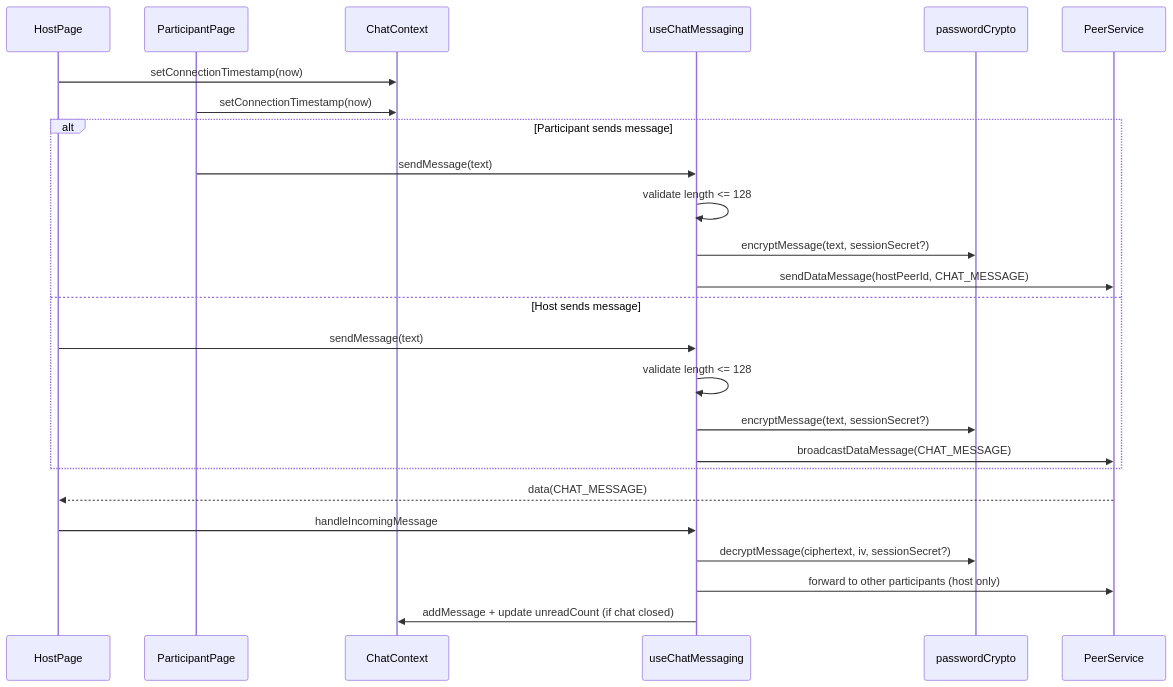
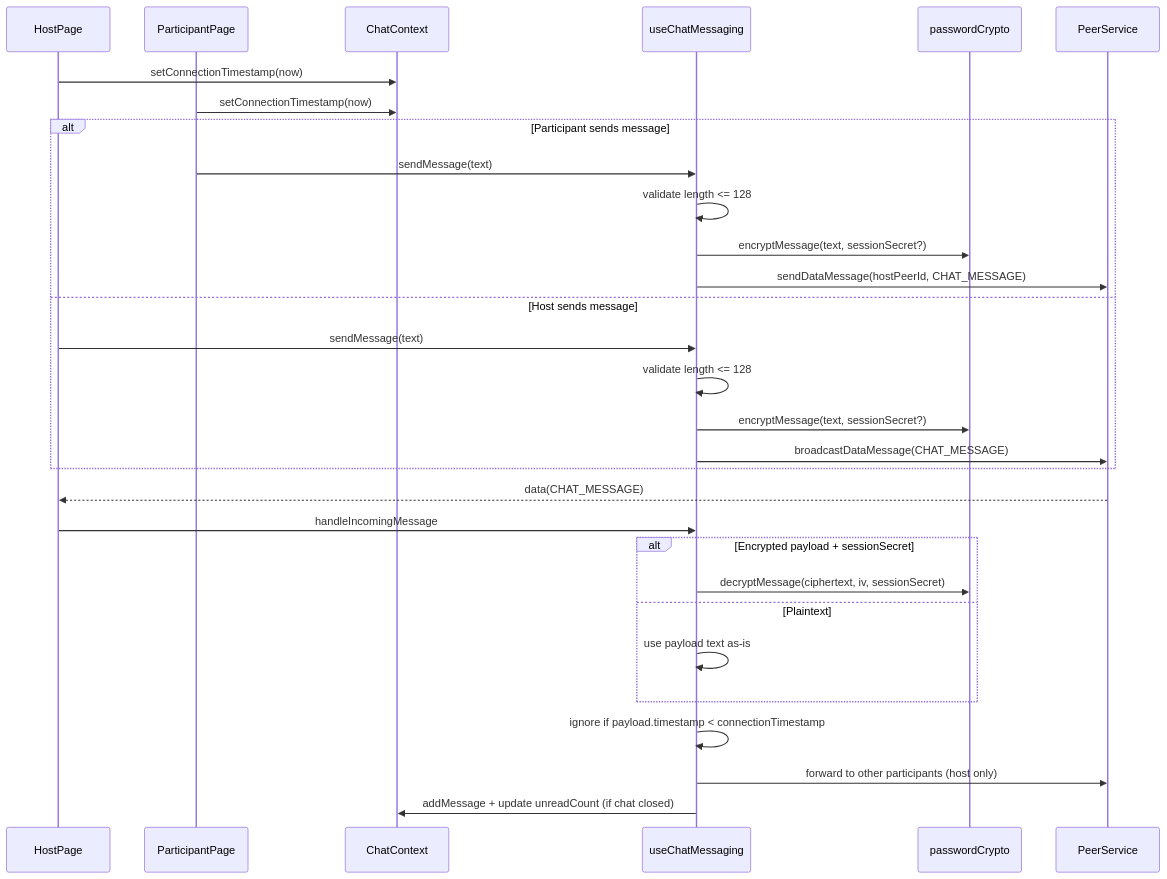
Before and after one commit to BackGwa/Perspective: the second of 11 diagrams in ARCHITECTURE.md, drawn with Mermaid. The commit also changed other lines of this file, not shown here.

Commit message:
Update architecture diagrams for chat and password flow
Enhanced the sequence diagrams in ARCHITECTURE.md to clarify chat message decryption logic, handling of plaintext payloads, timestamp checks, and password validation steps including participant limits and password length validation.

````diff
--- a/ARCHITECTURE.md
+++ b/ARCHITECTURE.md
@@ -61,30 +61,35 @@
 ```mermaid
 sequenceDiagram
     participant HostPage as HostPage
     participant PartPage as ParticipantPage
     participant ChatCtx as ChatContext
     participant ChatHook as useChatMessaging
     participant Crypto as passwordCrypto
     participant PS as PeerService
 
     HostPage->>ChatCtx: setConnectionTimestamp(now)
     PartPage->>ChatCtx: setConnectionTimestamp(now)
 
     alt Participant sends message
         PartPage->>ChatHook: sendMessage(text)
         ChatHook->>ChatHook: validate length <= 128
         ChatHook->>Crypto: encryptMessage(text, sessionSecret?)
         ChatHook->>PS: sendDataMessage(hostPeerId, CHAT_MESSAGE)
     else Host sends message
         HostPage->>ChatHook: sendMessage(text)
         ChatHook->>ChatHook: validate length <= 128
         ChatHook->>Crypto: encryptMessage(text, sessionSecret?)
         ChatHook->>PS: broadcastDataMessage(CHAT_MESSAGE)
     end
 
     PS-->>HostPage: data(CHAT_MESSAGE)
     HostPage->>ChatHook: handleIncomingMessage
-    ChatHook->>Crypto: decryptMessage(ciphertext, iv, sessionSecret?)
+    alt Encrypted payload + sessionSecret
+        ChatHook->>Crypto: decryptMessage(ciphertext, iv, sessionSecret)
+    else Plaintext
+        ChatHook->>ChatHook: use payload text as-is
+    end
+    ChatHook->>ChatHook: ignore if payload.timestamp < connectionTimestamp
     ChatHook->>PS: forward to other participants (host only)
     ChatHook->>ChatCtx: addMessage + update unreadCount (if chat closed)
 ```
````
